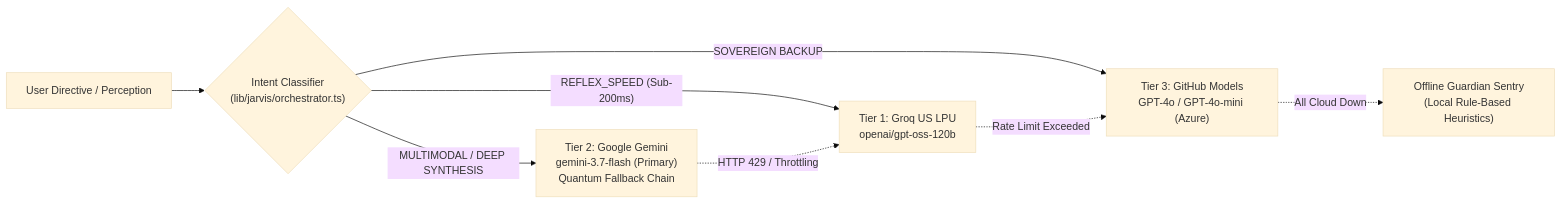
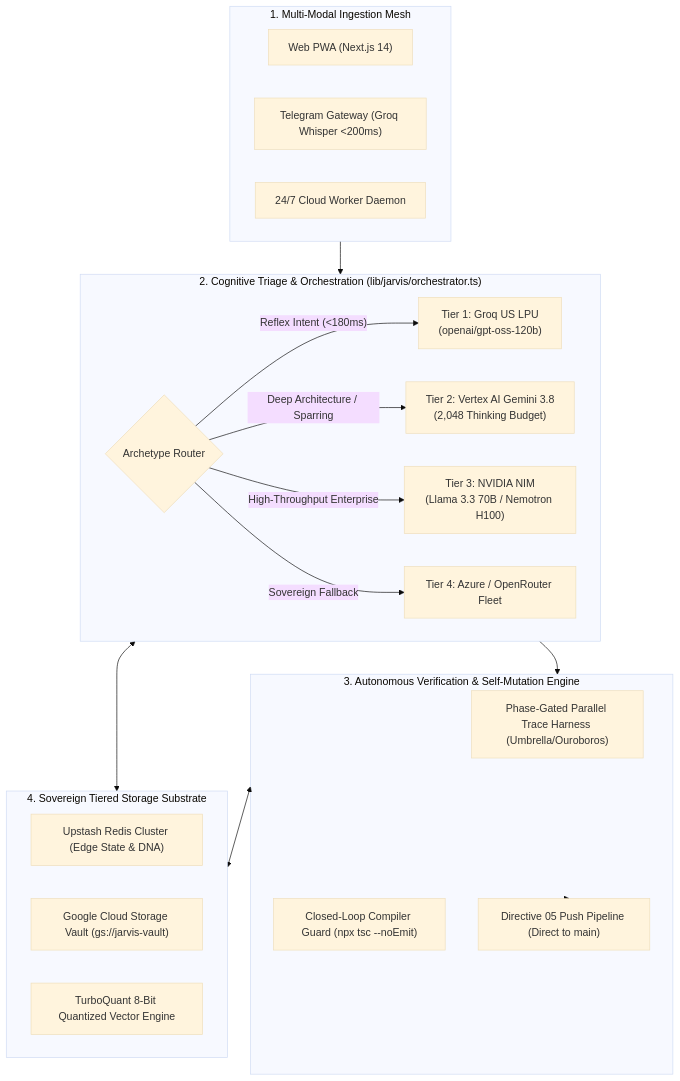
Before and after one commit to harshansarvaiya/jarvis: the first of 6 diagrams in README.md, drawn with Mermaid (base theme). The commit also changed other lines of this file and 1 other file, not shown here.

Commit message:
docs: overhaul README with Staff/Principal systems architecture specification [Directive 05]

````diff
--- a/README.md
+++ b/README.md
@@ -62,12 +35,34 @@
 ```mermaid
-flowchart LR
-    UserInput["User Directive / Perception"] --> IntentRouter{"Intent Classifier<br>(lib/jarvis/orchestrator.ts)"}
+flowchart TB
+    subgraph Ingestion["1. Multi-Modal Ingestion Mesh"]
+        PWA["Web PWA (Next.js 14)"]
+        TG["Telegram Gateway (Groq Whisper <200ms)"]
+        Cron["24/7 Cloud Worker Daemon"]
+    end
 
-    IntentRouter -->|"REFLEX_SPEED (Sub-200ms)"| Tier1["Tier 1: Groq US LPU<br>openai/gpt-oss-120b"]
-    IntentRouter -->|"MULTIMODAL / DEEP SYNTHESIS"| Tier2["Tier 2: Google Gemini<br>gemini-3.7-flash (Primary)<br>Quantum Fallback Chain"]
-    IntentRouter -->|"SOVEREIGN BACKUP"| Tier3["Tier 3: GitHub Models<br>GPT-4o / GPT-4o-mini (Azure)"]
+    subgraph Orchestration["2. Cognitive Triage & Orchestration (lib/jarvis/orchestrator.ts)"]
+        IntentRouter{"Archetype Router"}
+        IntentRouter -->|"Reflex Intent (<180ms)"| GroqTier["Tier 1: Groq US LPU<br>(openai/gpt-oss-120b)"]
+        IntentRouter -->|"Deep Architecture / Sparring"| VertexTier["Tier 2: Vertex AI Gemini 3.8<br>(2,048 Thinking Budget)"]
+        IntentRouter -->|"High-Throughput Enterprise"| NvidiaTier["Tier 3: NVIDIA NIM<br>(Llama 3.3 70B / Nemotron H100)"]
+        IntentRouter -->|"Sovereign Fallback"| BackupTier["Tier 4: Azure / OpenRouter Fleet"]
+    end
 
-    Tier2 -.->|"HTTP 429 / Throttling"| Tier1
-    Tier1 -.->|"Rate Limit Exceeded"| Tier3
-    Tier3 -.->|"All Cloud Down"| SentryCore["Offline Guardian Sentry<br>(Local Rule-Based Heuristics)"]
+    subgraph Verification["3. Autonomous Verification & Self-Mutation Engine"]
+        Harness["Phase-Gated Parallel Trace Harness (Umbrella/Ouroboros)"]
+        Compiler["Closed-Loop Compiler Guard (npx tsc --noEmit)"]
+        GitCommit["Directive 05 Push Pipeline (Direct to main)"]
+    end
+
+    subgraph Storage["4. Sovereign Tiered Storage Substrate"]
+        Upstash["Upstash Redis Cluster (Edge State & DNA)"]
+        GCSVault["Google Cloud Storage Vault (gs://jarvis-vault)"]
+        TurboQuant["TurboQuant 8-Bit Quantized Vector Engine"]
+    end
+
+    Ingestion --> Orchestration
+    Orchestration --> Verification
+    Verification --> GitCommit
+    Orchestration <--> Storage
+    Verification <--> Storage
 ```
````
